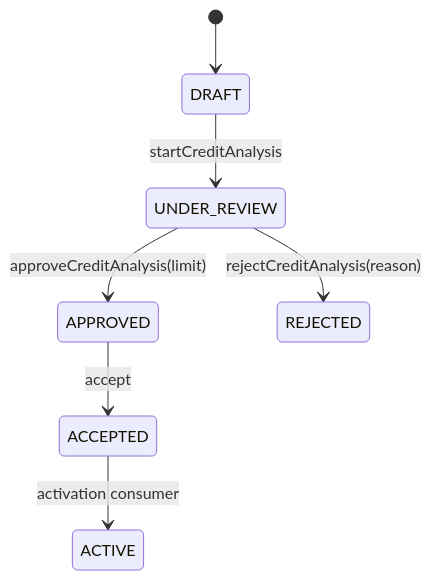
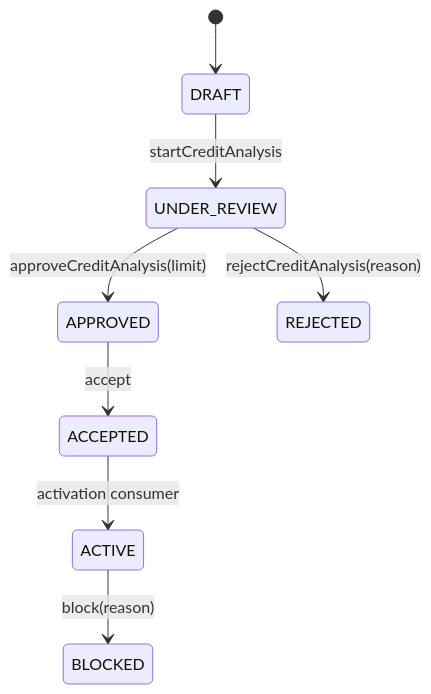
The second of 8 diagrams in docs/architecture/overview.md (tmcly/credit-contract-manager), drawn with Mermaid before and after one commit. The commit also changed other lines of this file and 19 other files, not shown here.

Commit message:
feat: block active credit contracts

````diff
--- a/docs/architecture/overview.md
+++ b/docs/architecture/overview.md
@@ -86,9 +86,10 @@
 ```mermaid
 stateDiagram-v2
     [*] --> DRAFT
     DRAFT --> UNDER_REVIEW: startCreditAnalysis
     UNDER_REVIEW --> APPROVED: approveCreditAnalysis(limit)
     UNDER_REVIEW --> REJECTED: rejectCreditAnalysis(reason)
     APPROVED --> ACCEPTED: accept
     ACCEPTED --> ACTIVE: activation consumer
+    ACTIVE --> BLOCKED: block(reason)
 ```
````
